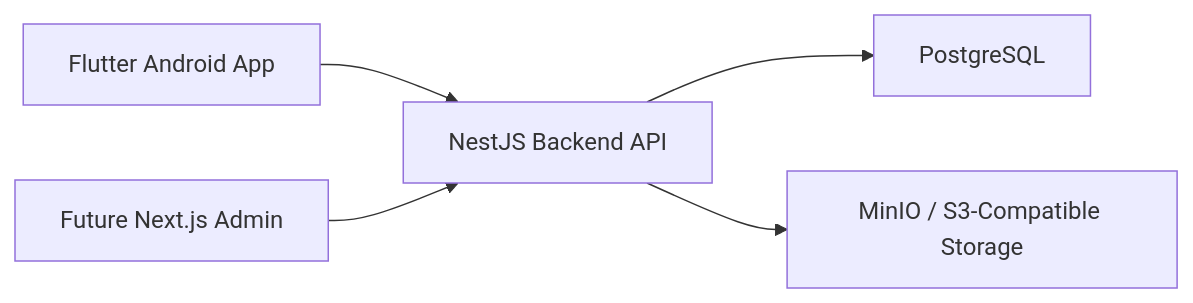
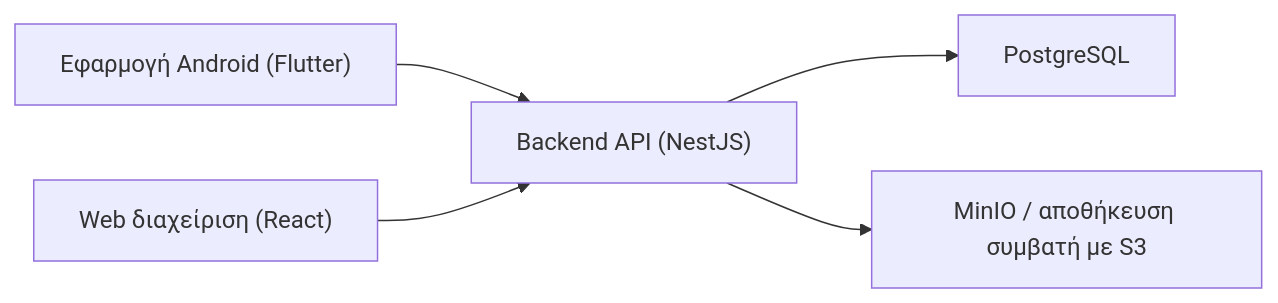
The diagram in docs/ARCHITECTURE.md (s1logisticssystems/vacuum-pads), drawn with Mermaid before and after one commit. The commit also changed other lines of this file and 4 other files, not shown here.

````diff
--- a/docs/ARCHITECTURE.md
+++ b/docs/ARCHITECTURE.md
@@ -7,7 +7,7 @@
 ```mermaid
 flowchart LR
-    A["Flutter Android App"] --> B["NestJS Backend API"]
-    E["Future Next.js Admin"] --> B
+    A["Εφαρμογή Android (Flutter)"] --> B["Backend API (NestJS)"]
+    E["Web διαχείριση (React)"] --> B
     B --> C["PostgreSQL"]
-    B --> D["MinIO / S3-Compatible Storage"]
+    B --> D["MinIO / αποθήκευση συμβατή με S3"]
 ```
````
